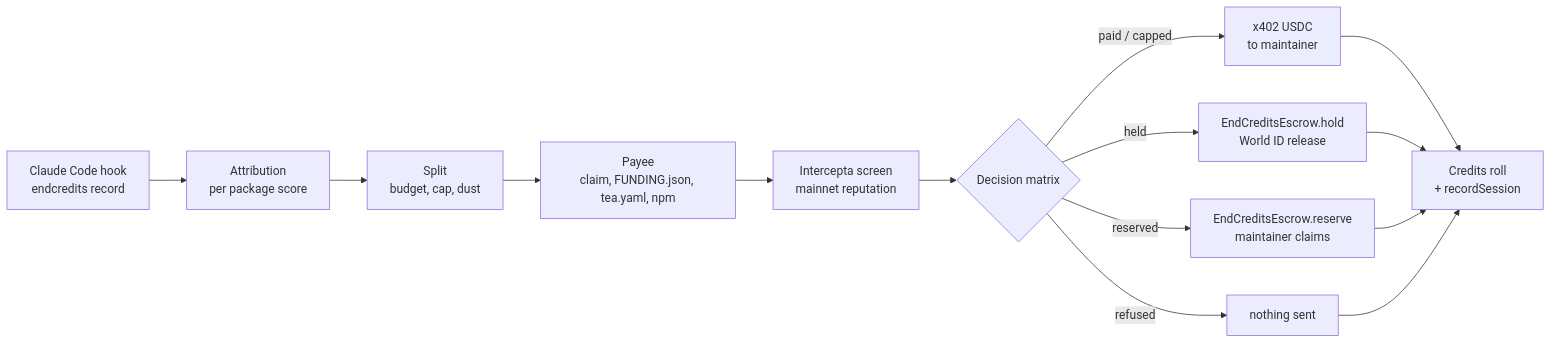
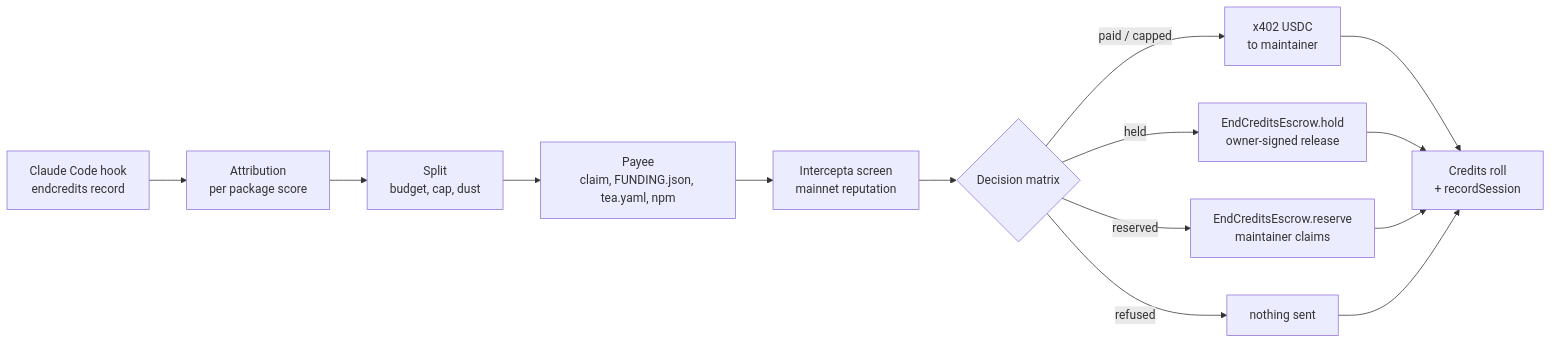
One commit to zexoverz/end-credits changed the diagram in README.md. Above: the diagram before and after it, drawn with Mermaid. The commit also changed other lines of this file, not shown here.

Commit message:
readme: drop world partner

````diff
--- a/README.md
+++ b/README.md
@@ -36,13 +36,13 @@
 ```mermaid
 flowchart LR
   A[Claude Code hook<br/>endcredits record] --> B[Attribution<br/>per package score]
   B --> C[Split<br/>budget, cap, dust]
   C --> D[Payee<br/>claim, FUNDING.json, tea.yaml, npm]
   D --> E[Intercepta screen<br/>mainnet reputation]
   E --> F{Decision matrix}
   F -->|paid / capped| G[x402 USDC<br/>to maintainer]
-  F -->|held| H[EndCreditsEscrow.hold<br/>World ID release]
+  F -->|held| H[EndCreditsEscrow.hold<br/>owner-signed release]
   F -->|reserved| I[EndCreditsEscrow.reserve<br/>maintainer claims]
   F -->|refused| J[nothing sent]
   G & H & I & J --> K[Credits roll<br/>+ recordSession]
 ```
````
